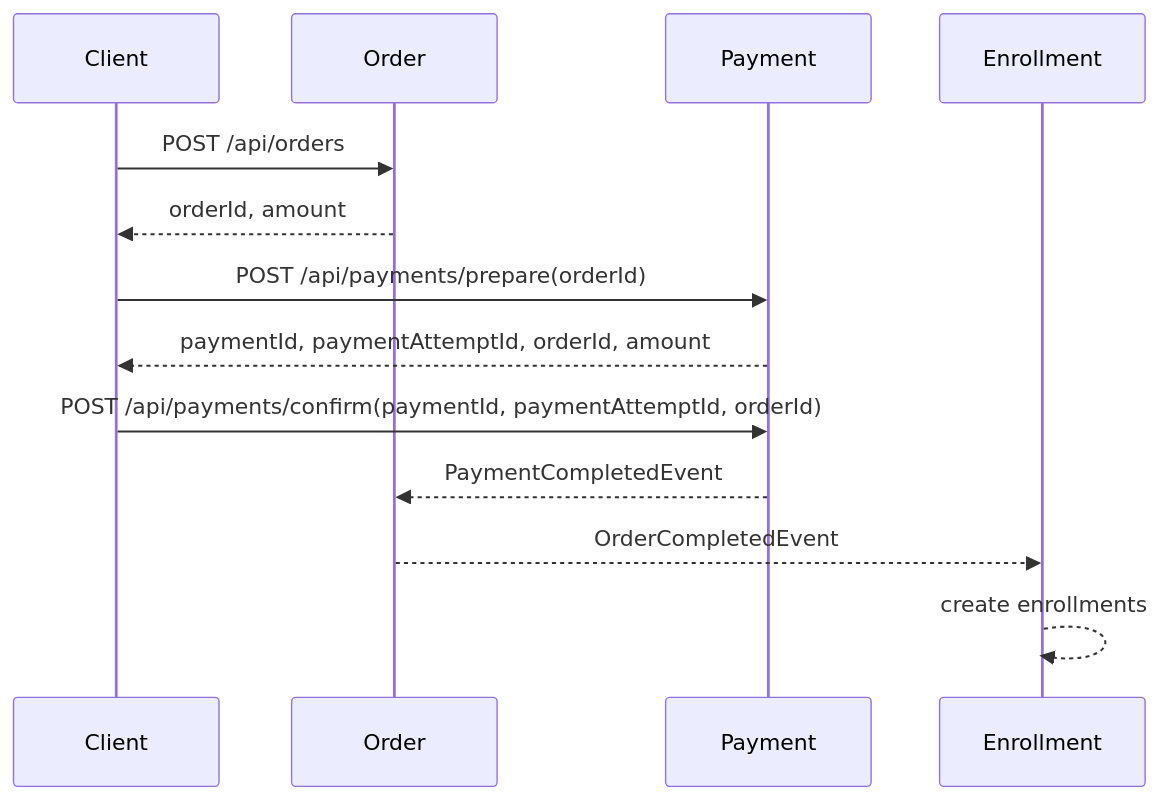
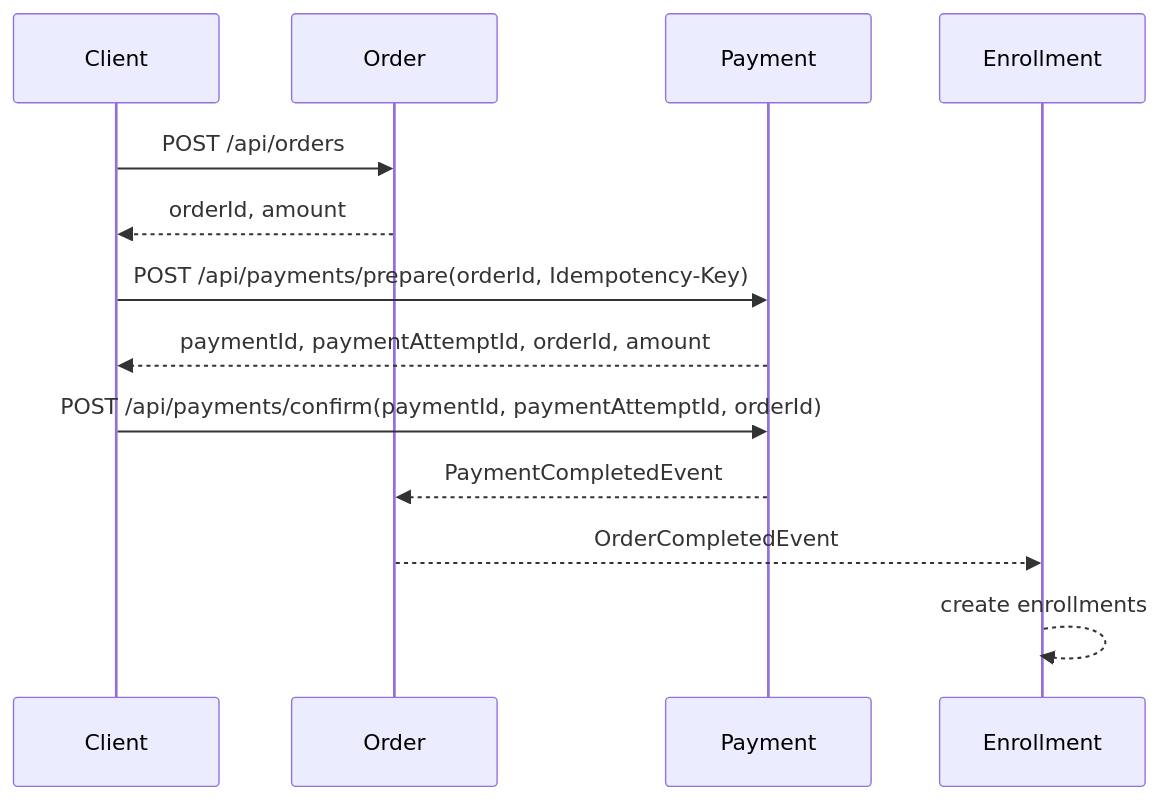
One commit to dawwson/lernix-server changed the diagram in docs/architecture/purchase-flow.md. Above: the diagram before and after it, drawn with Mermaid. The commit also changed other lines of this file and 20 other files, not shown here.

````diff
--- a/docs/architecture/purchase-flow.md
+++ b/docs/architecture/purchase-flow.md
@@ -16,16 +16,16 @@
 ```mermaid
 sequenceDiagram
     participant Client
     participant Order
     participant Payment
     participant Enrollment
 
     Client->>Order: POST /api/orders
     Order-->>Client: orderId, amount
-    Client->>Payment: POST /api/payments/prepare(orderId)
+    Client->>Payment: POST /api/payments/prepare(orderId, Idempotency-Key)
     Payment-->>Client: paymentId, paymentAttemptId, orderId, amount
     Client->>Payment: POST /api/payments/confirm(paymentId, paymentAttemptId, orderId)
     Payment-->>Order: PaymentCompletedEvent
     Order-->>Enrollment: OrderCompletedEvent
     Enrollment-->>Enrollment: create enrollments
 ```
````
